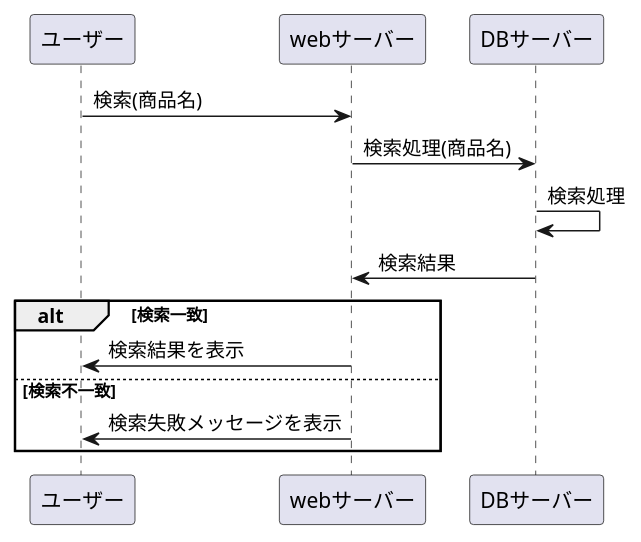
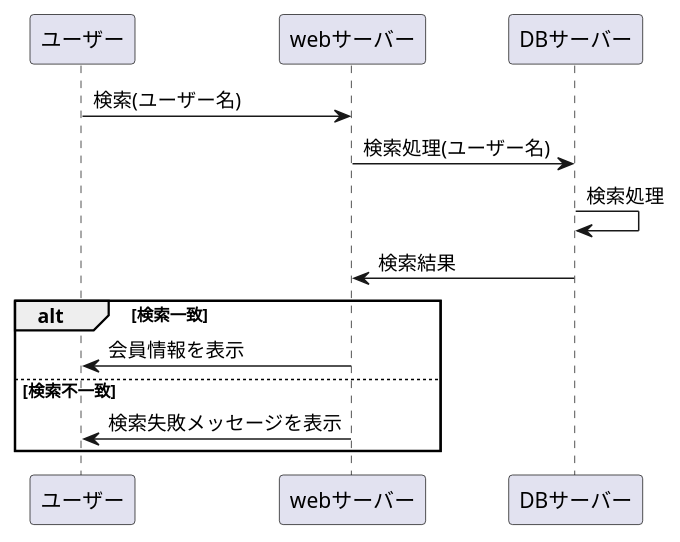
Before and after one commit to Aso2001007/System4: the diagram in 02_業務フロー/検索(会員情報).md, drawn with PlantUML.

````diff
--- a/02_業務フロー/検索(会員情報).md
+++ b/02_業務フロー/検索(会員情報).md
@@ -1,16 +1,16 @@
 ```uml
 @startuml
-ユーザー -> webサーバー : 検索(商品名)
-webサーバー -> DBサーバー : 検索処理(商品名)
+ユーザー -> webサーバー : 検索(ユーザー名)
+webサーバー -> DBサーバー : 検索処理(ユーザー名)
 DBサーバー -> DBサーバー : 検索処理
 DBサーバー -> webサーバー : 検索結果
 
 alt 検索一致
- webサーバー -> ユーザー : 検索結果を表示
+ webサーバー -> ユーザー : 会員情報を表示
 else 検索不一致
  webサーバー -> ユーザー : 検索失敗メッセージを表示
  
  end
  
 @enduml
 ```
````
